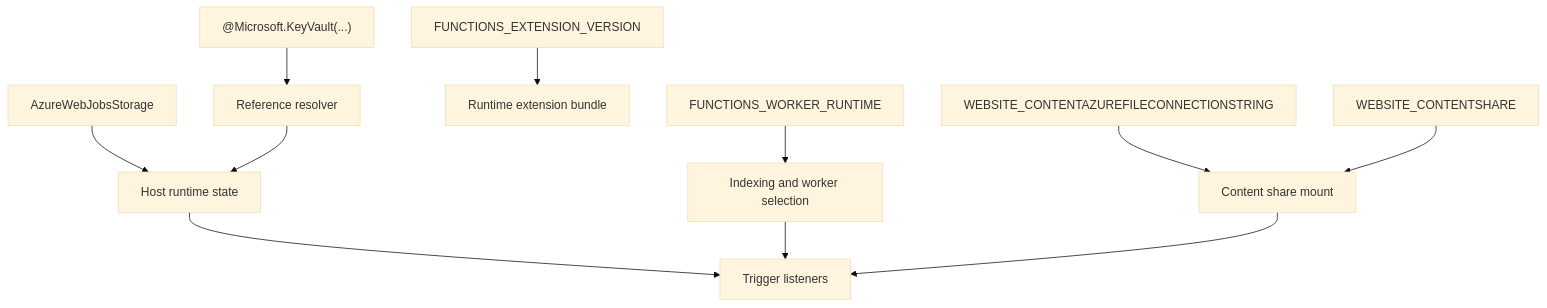
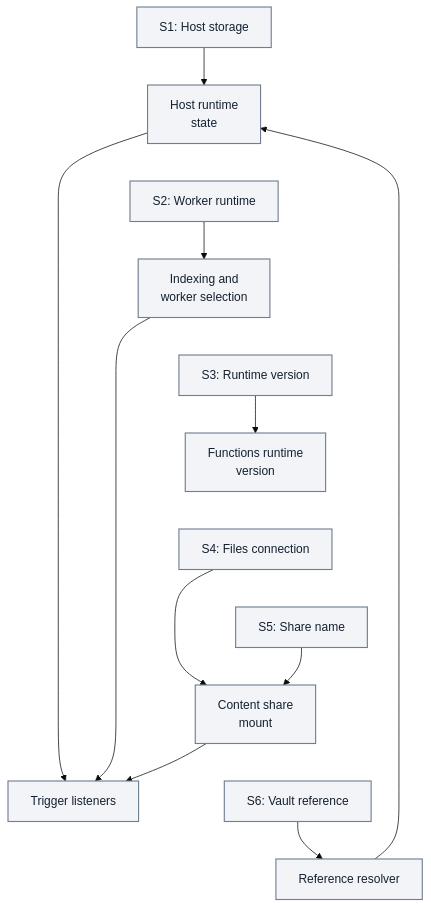
One commit to yeongseon/azure-functions-practical-guide changed the third of 4 diagrams in docs/troubleshooting/playbooks/auth-config/app-settings-misconfiguration.md. Above: the diagram before and after it, drawn with Mermaid (base theme). The commit also changed other lines of this file and 2 other files, not shown here.

First line of the commit message:
docs(diagrams): migrate Functions playbooks auth-config — app settings misconfiguration and managed identity rbac failure (#453)

````diff
--- a/docs/troubleshooting/playbooks/auth-config/app-settings-misconfiguration.md
+++ b/docs/troubleshooting/playbooks/auth-config/app-settings-misconfiguration.md
@@ -145,13 +189,23 @@
 ```mermaid
 flowchart TD
-    S1[AzureWebJobsStorage] --> H[Host runtime state]
-    S2[FUNCTIONS_WORKER_RUNTIME] --> I[Indexing and worker selection]
-    S3[FUNCTIONS_EXTENSION_VERSION] --> E[Runtime extension bundle]
-    S4[WEBSITE_CONTENTAZUREFILECONNECTIONSTRING] --> C[Content share mount]
-    S5[WEBSITE_CONTENTSHARE] --> C
-    S6["@Microsoft.KeyVault(...)"] --> R[Reference resolver]
+    accTitle: App settings dependency map
+    accDescr: Conceptual setting-to-role dependencies, not transport or an all-plan requirements list. S1 through S6 expand in the adjacent key; runtime version is distinct from an extension bundle.
+    S1["S1: Host storage"] --> H["Host runtime<br/>state"]
+    S2["S2: Worker runtime"] --> I["Indexing and<br/>worker selection"]
+    S3["S3: Runtime version"] --> E["Functions runtime<br/>version"]
+    S4["S4: Files connection"] --> C["Content share<br/>mount"]
+    S5["S5: Share name"] --> C
+    S6["S6: Vault reference"] --> R["Reference resolver"]
     R --> H
     H --> T[Trigger listeners]
     I --> T
     C --> T
+    %% Layout-only tiers add no dependencies or execution steps.
+    H ~~~ S2
+    I ~~~ S3
+    E ~~~ S4
+    S4 ~~~ S5
+    C ~~~ S6
+    classDef neutral fill:#f2f4f8,stroke:#707e93,stroke-width:1.5px,color:#14202e;
+    class S1,S2,S3,S4,S5,S6,H,I,E,C,R,T neutral;
 ```
````
